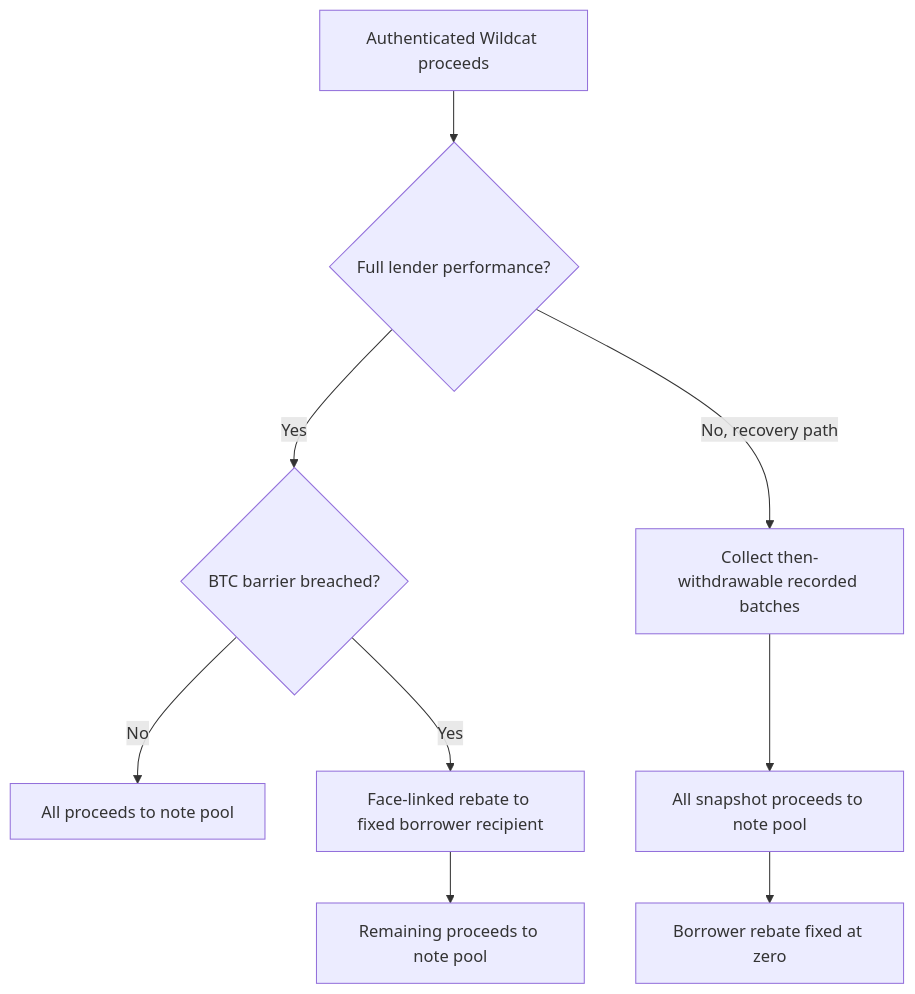
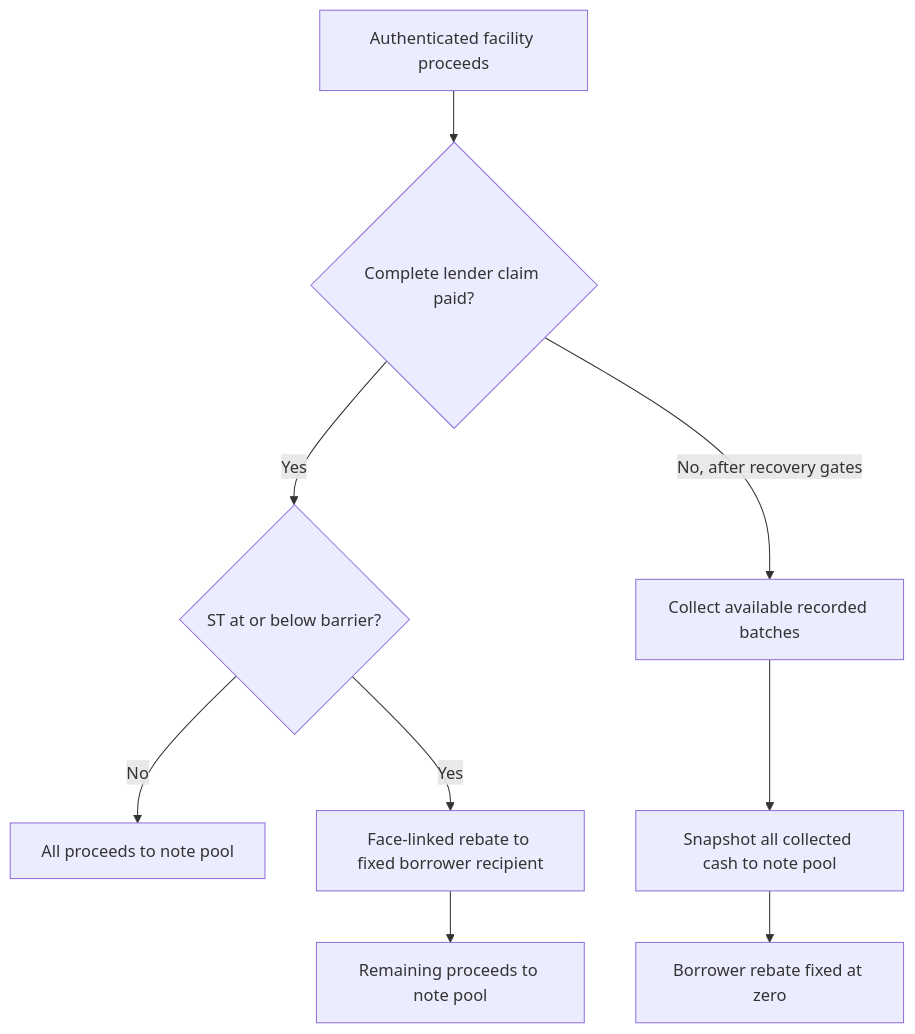
One commit to laurenceday/brc-research changed the fourth of 6 diagrams in docs/bd/infographics.md. Above: the diagram before and after it, drawn with Mermaid. The commit also changed other lines of this file and 25 other files, not shown here.

````diff
--- a/docs/bd/infographics.md
+++ b/docs/bd/infographics.md
@@ -56,11 +78,11 @@
 ```mermaid
 flowchart TB
-  A[Authenticated Wildcat proceeds] --> B{Full lender performance?}
-  B -->|Yes| C{BTC barrier breached?}
+  A[Authenticated facility proceeds] --> B{Complete lender claim paid?}
+  B -->|Yes| C{ST at or below barrier?}
   C -->|No| D[All proceeds to note pool]
   C -->|Yes| E[Face-linked rebate to fixed borrower recipient]
   E --> F[Remaining proceeds to note pool]
-  B -->|No, recovery path| G[Collect then-withdrawable recorded batches]
-  G --> H[All snapshot proceeds to note pool]
+  B -->|No, after recovery gates| G[Collect available recorded batches]
+  G --> H[Snapshot all collected cash to note pool]
   H --> I[Borrower rebate fixed at zero]
 ```
````
